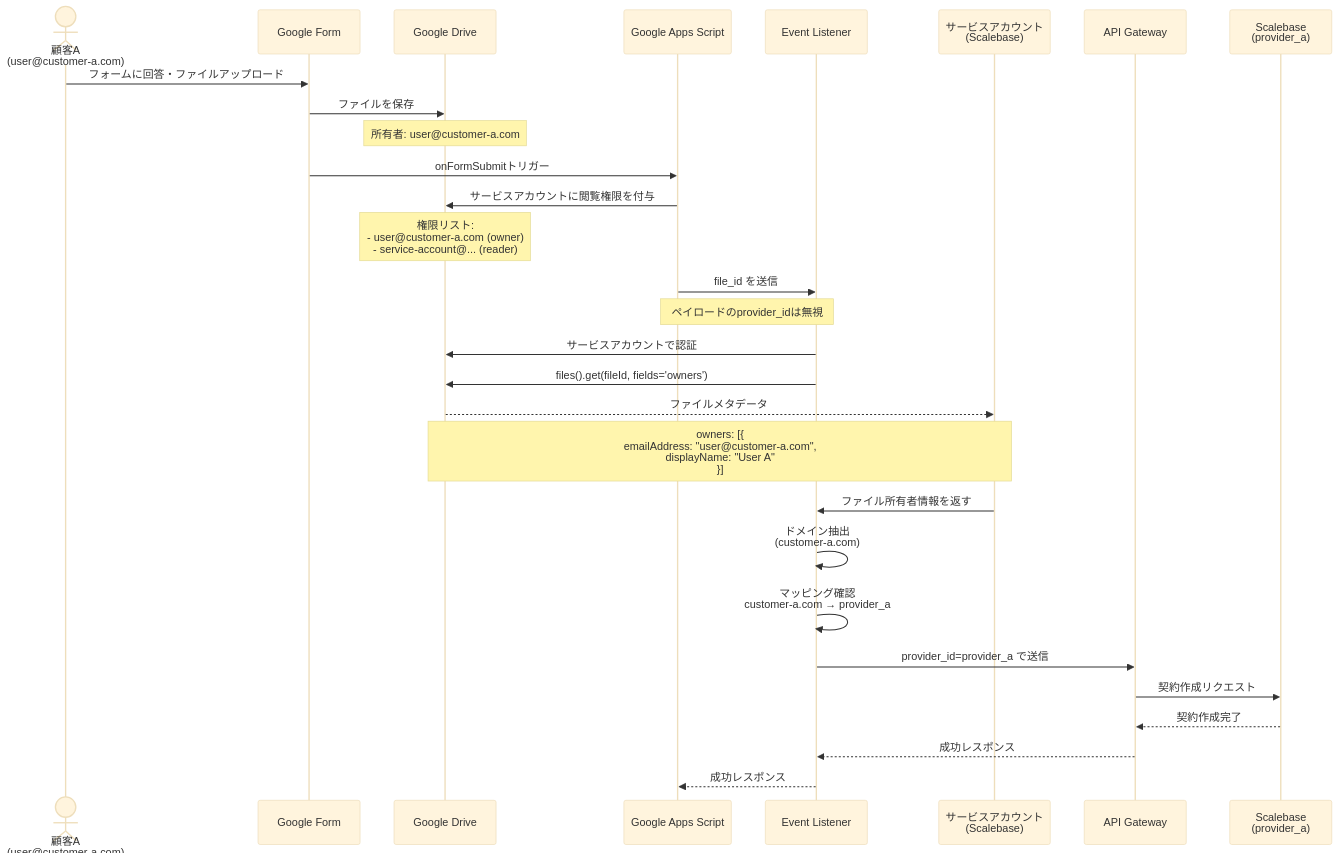
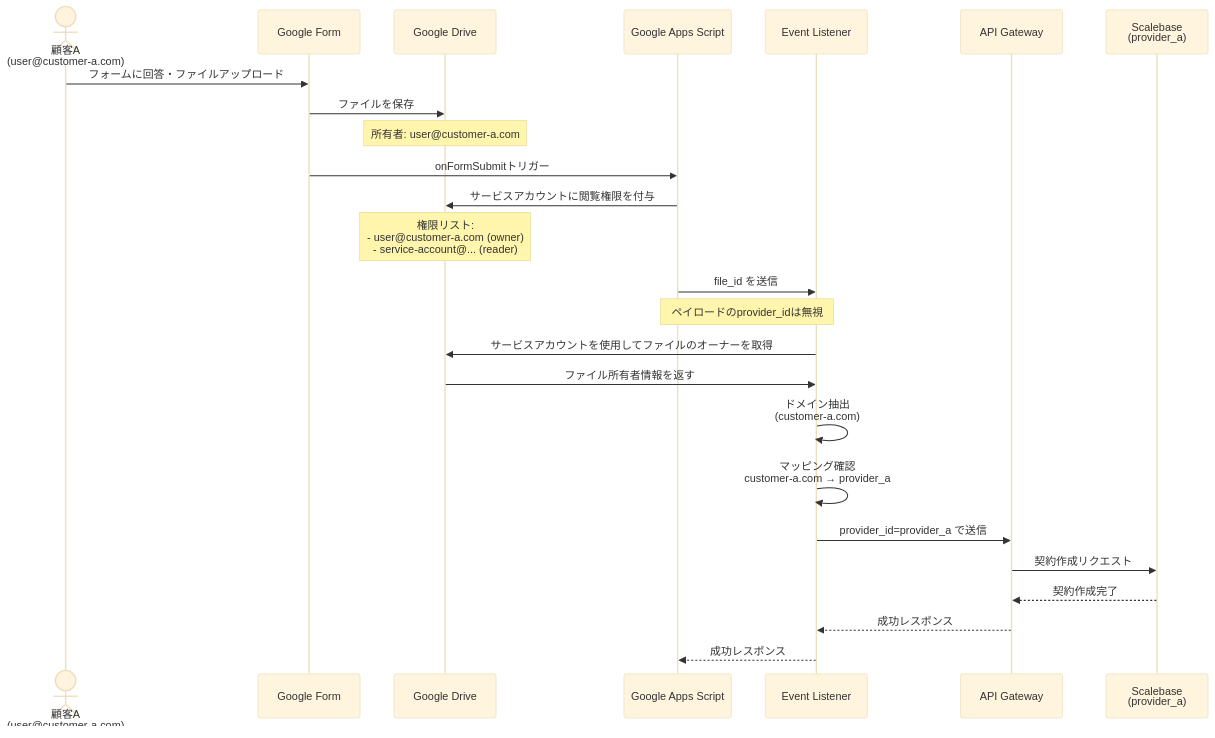
One commit to KobeanH/git_tutorial changed the second of 2 diagrams in README.md. Above: the diagram before and after it, drawn with Mermaid (base theme). The commit also changed other lines of this file, not shown here.

First line of the commit message:
Revise README with updated diagrams and remove sectionsd

````diff
--- a/README.md
+++ b/README.md
@@ -51,38 +51,34 @@
 ```mermaid
 sequenceDiagram
     actor User as 顧客A<br/>(user@customer-a.com)
     participant Form as Google Form
     participant Drive as Google Drive
     participant GAS as Google Apps Script
     participant EL as Event Listener
-    participant SA as サービスアカウント<br/>(Scalebase)
+    
     participant API as API Gateway
     participant SB as Scalebase<br/>(provider_a)
 
     User->>Form: フォームに回答・ファイルアップロード
     Form->>Drive: ファイルを保存
     Note over Drive: 所有者: user@customer-a.com
 
     Form->>GAS: onFormSubmitトリガー
     GAS->>Drive: サービスアカウントに閲覧権限を付与
     Note over Drive: 権限リスト:<br/>- user@customer-a.com (owner)<br/>- service-account@... (reader)
 
     GAS->>EL: file_id を送信
     Note over GAS,EL: ペイロードのprovider_idは無視
 
-    EL->>Drive: サービスアカウントで認証
-    EL->>Drive: files().get(fileId, fields='owners')
-    Drive-->>SA: ファイルメタデータ
-    Note over Drive,SA: owners: [{<br/>  emailAddress: "user@customer-a.com",<br/>  displayName: "User A"<br/>}]
-
-    SA->>EL: ファイル所有者情報を返す
+    EL->>Drive: サービスアカウントを使用してファイルのオーナーを取得
+    Drive->>EL: ファイル所有者情報を返す
 
     EL->>EL: ドメイン抽出<br/>(customer-a.com)
     EL->>EL: マッピング確認<br/>customer-a.com → provider_a
 
     EL->>API: provider_id=provider_a で送信
     API->>SB: 契約作成リクエスト
     SB-->>API: 契約作成完了
     API-->>EL: 成功レスポンス
     EL-->>GAS: 成功レスポンス
 ```
````
